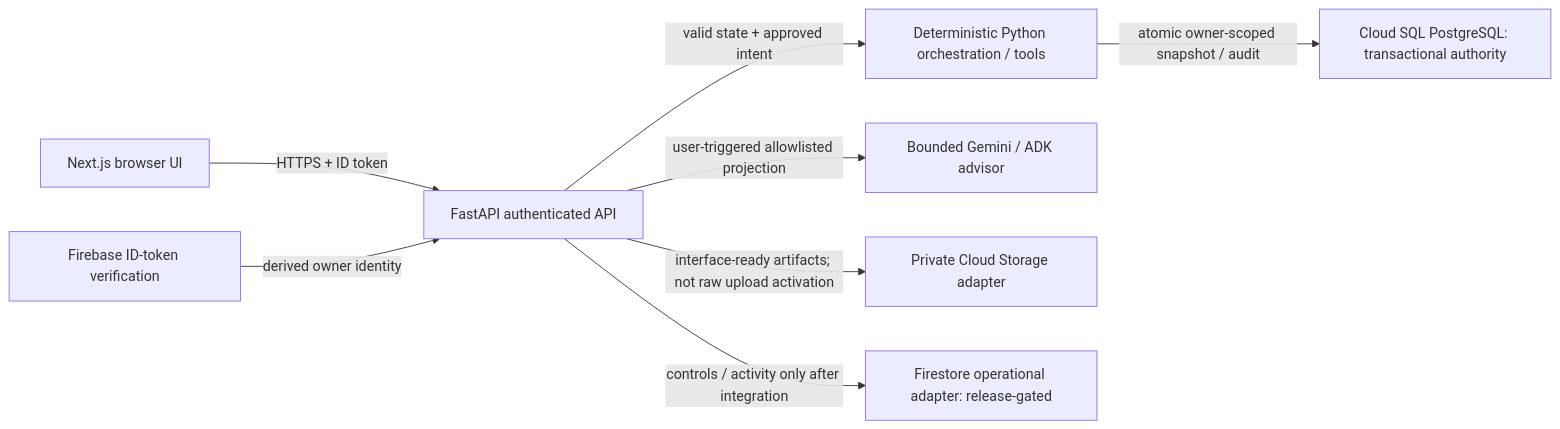
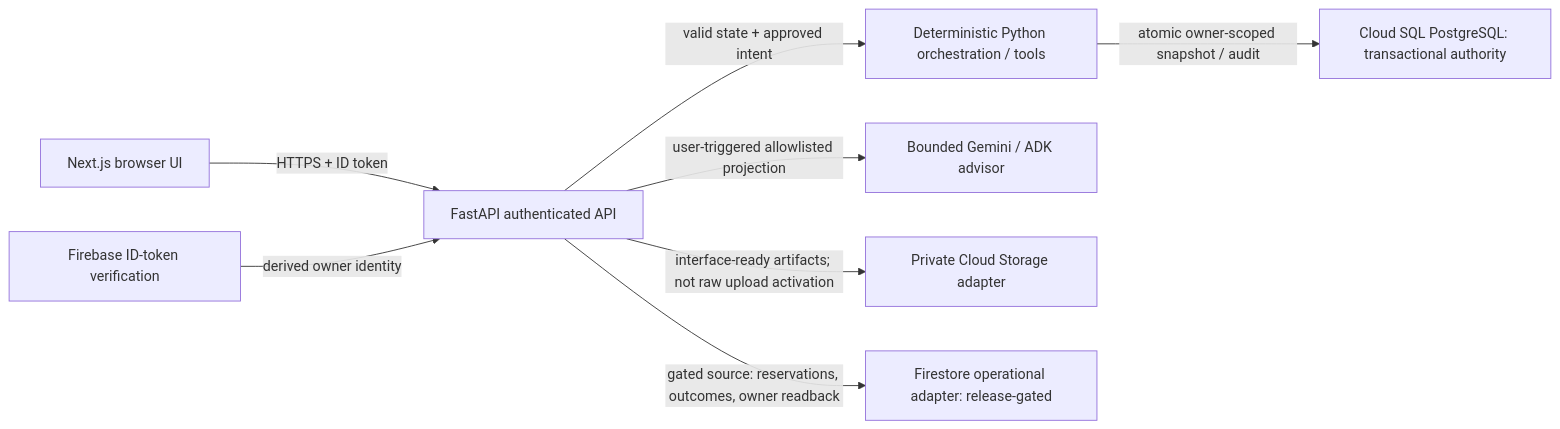
Before and after one commit to JEMathew/movers-and-ledgers: the diagram in docs/architecture-experience/source/c4-container.mmd, drawn with Mermaid. The commit also changed 115 other files, not shown here.

```diff
--- a/docs/architecture-experience/source/c4-container.mmd
+++ b/docs/architecture-experience/source/c4-container.mmd
@@ -1,16 +1,16 @@
 flowchart LR
   browser["Next.js browser UI"]
   api["FastAPI authenticated API"]
   workflow["Deterministic Python orchestration / tools"]
   sql["Cloud SQL PostgreSQL: transactional authority"]
   model["Bounded Gemini / ADK advisor"]
   storage["Private Cloud Storage adapter"]
   ops["Firestore operational adapter: release-gated"]
   auth["Firebase ID-token verification"]
   browser -->|"HTTPS + ID token"| api
   auth -->|"derived owner identity"| api
   api -->|"valid state + approved intent"| workflow
   workflow -->|"atomic owner-scoped snapshot / audit"| sql
   api -->|"user-triggered allowlisted projection"| model
   api -->|"interface-ready artifacts; not raw upload activation"| storage
-  api -->|"controls / activity only after integration"| ops
+  api -->|"gated source: reservations, outcomes, owner readback"| ops
```
